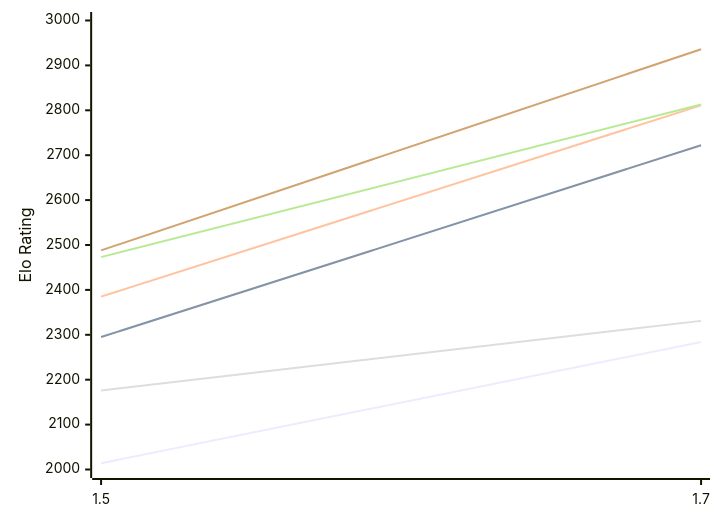
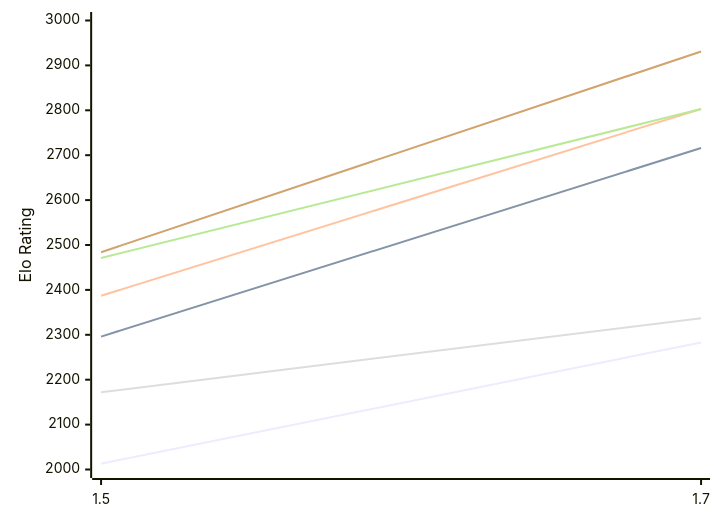
One commit to computer-chess-index/cci changed the first of 2 diagrams in engines/Facon.md. Above: the diagram before and after it, drawn with Mermaid. The commit also changed other lines of this file, not shown here.

Commit message:
Update CCI Ratings (ELO VLTC) - 2026-10-15

````diff
--- a/engines/Facon.md
+++ b/engines/Facon.md
@@ -52,12 +52,12 @@
 ```mermaid
 %%{init: {"theme":"base","themeVariables":{"seriesColors:['#a3a3a3','#222221','#faa371']}}}%%
 xychart-beta
   x-axis ["1.5", "1.7"]
   y-axis "Elo Rating" 2000 --> 3000
-  line "E1: STC (8.0+0.08s)" [2014, 2284]
-  line "E1: LTC (60.0+0.60s)" [2295, 2722]
-  line "E1: VLTC (2m24s+1.12s)" [2385, 2811]
-  line "P1: STC (8.0+0.08s)" [2176, 2331]
-  line "P1: LTC (60.0+0.60s)" [2473, 2813]
-  line "P1: VLTC (2m24s+1.12s)" [2488, 2936]
+  line "E1: STC (8.0+0.08s)" [2013, 2283]
+  line "E1: LTC (60.0+0.60s)" [2296, 2716]
+  line "E1: VLTC (2m24s+1.12s)" [2387, 2803]
+  line "P1: STC (8.0+0.08s)" [2172, 2337]
+  line "P1: LTC (60.0+0.60s)" [2471, 2803]
+  line "P1: VLTC (2m24s+1.12s)" [2484, 2931]
 ```
````
